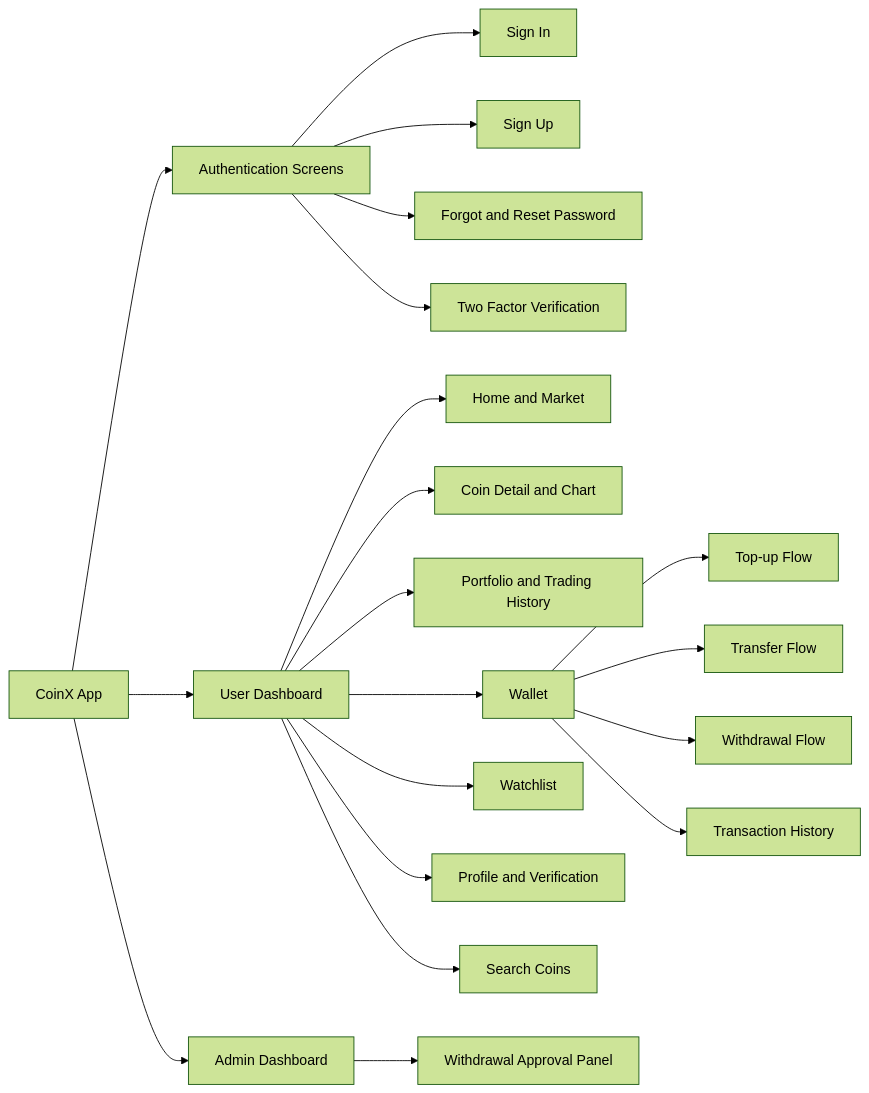
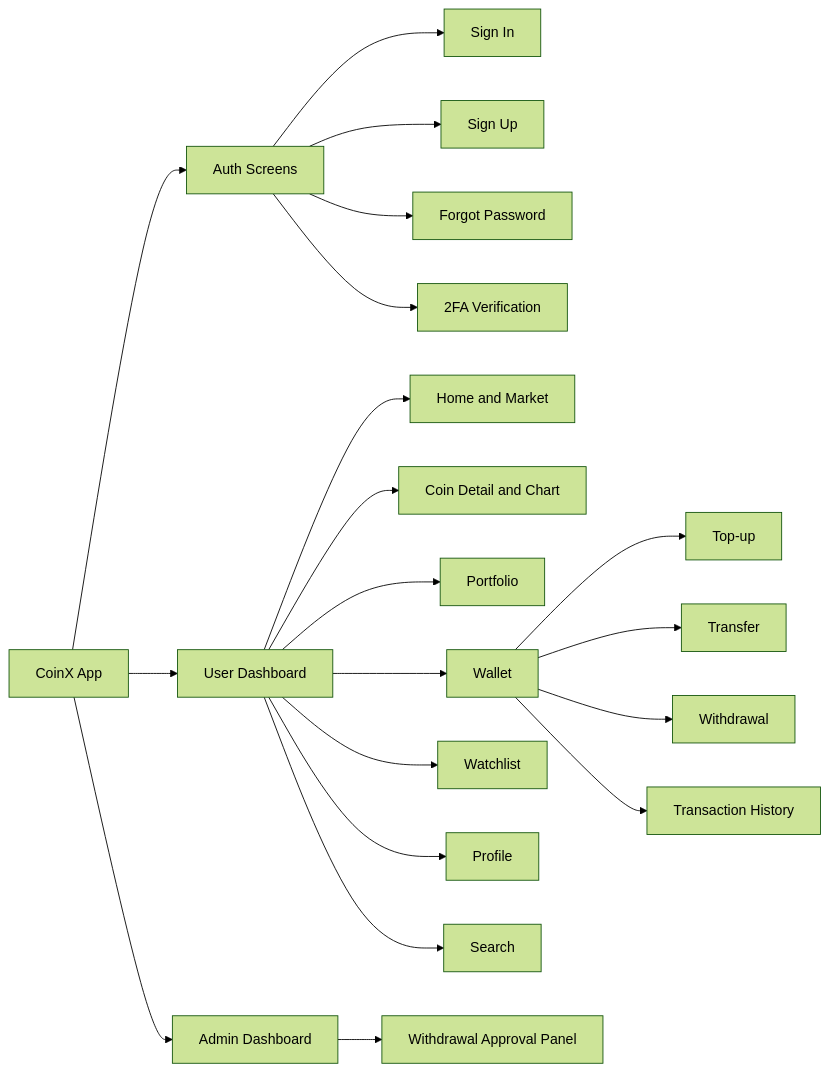
One commit to himanshugupta91/CoinX-Cryptocurrency-Trading-Platform changed diagram 11 of 11 in README.md. Above: the diagram before and after it, drawn with Mermaid (forest theme). The commit also changed other lines of this file and 1 other file, not shown here.

````diff
--- a/README.md
+++ b/README.md
@@ -738,27 +685,27 @@
 ```mermaid
 flowchart LR
     App[CoinX App]
-    App --> Auth[Authentication Screens]
+    App --> Auth[Auth Screens]
     App --> UserDash[User Dashboard]
     App --> AdminDash[Admin Dashboard]
 
     Auth --> SignIn[Sign In]
     Auth --> SignUp[Sign Up]
-    Auth --> Forgot[Forgot and Reset Password]
-    Auth --> TwoFA[Two Factor Verification]
+    Auth --> Forgot[Forgot Password]
+    Auth --> TwoFA[2FA Verification]
 
     UserDash --> Home[Home and Market]
     UserDash --> CoinDetail[Coin Detail and Chart]
-    UserDash --> Portfolio[Portfolio and Trading History]
+    UserDash --> Portfolio[Portfolio]
     UserDash --> Wallet[Wallet]
     UserDash --> Watchlist[Watchlist]
-    UserDash --> Profile[Profile and Verification]
-    UserDash --> Search[Search Coins]
+    UserDash --> Profile[Profile]
+    UserDash --> Search[Search]
 
-    Wallet --> Topup[Top-up Flow]
-    Wallet --> Transfer[Transfer Flow]
-    Wallet --> Withdrawal[Withdrawal Flow]
+    Wallet --> Topup[Top-up]
+    Wallet --> Transfer[Transfer]
+    Wallet --> Withdrawal[Withdrawal]
     Wallet --> TxnHistory[Transaction History]
 
     AdminDash --> WAdmin[Withdrawal Approval Panel]
 ```
````
